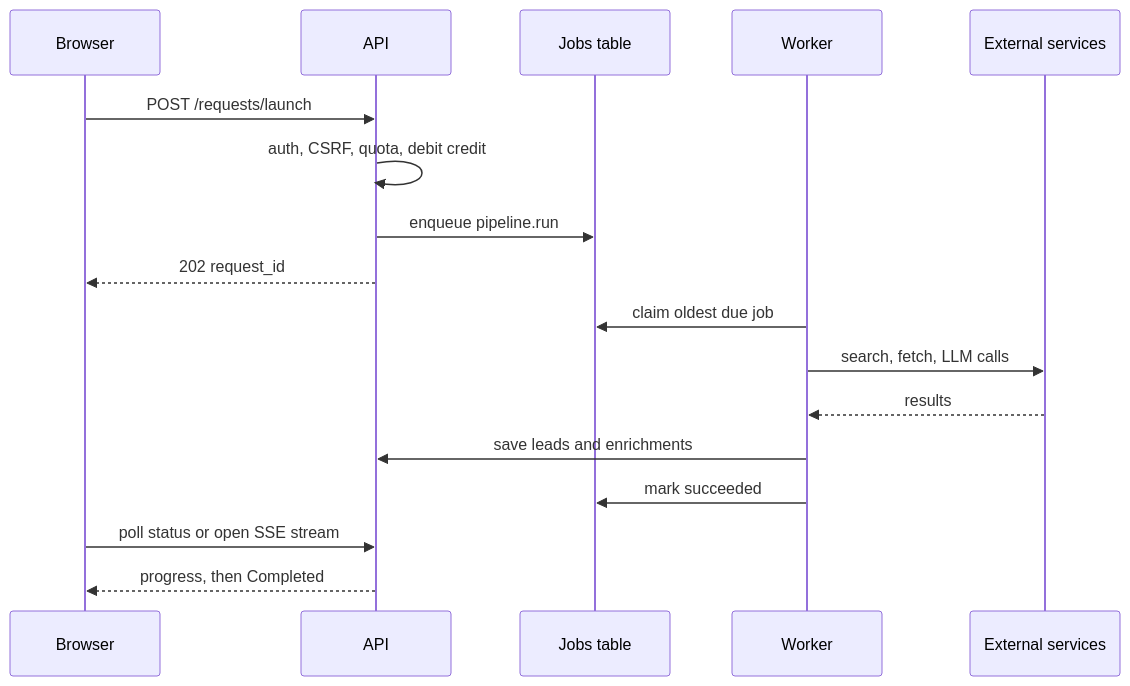
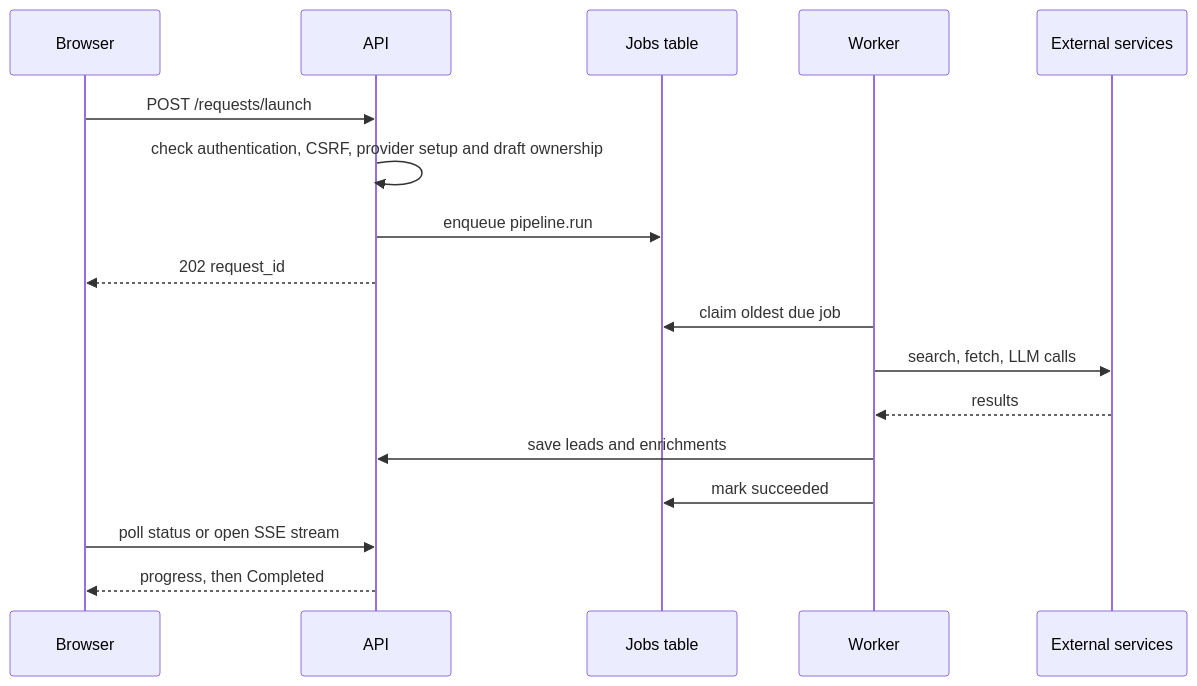
Before and after one commit to ManojAbhiram/quarry: the fourth of 7 diagrams in docs/product/02-System-Design.md, drawn with Mermaid. The commit also changed other lines of this file and 26 other files, not shown here.

````diff
--- a/docs/product/02-System-Design.md
+++ b/docs/product/02-System-Design.md
@@ -118,19 +117,19 @@
 ```mermaid title="Request launch and pipeline" page=portrait
 sequenceDiagram
   participant B as Browser
   participant A as API
   participant Q as Jobs table
   participant W as Worker
   participant X as External services
   B->>A: POST /requests/launch
-  A->>A: auth, CSRF, quota, debit credit
+  A->>A: check authentication, CSRF, provider setup and draft ownership
   A->>Q: enqueue pipeline.run
   A-->>B: 202 request_id
   W->>Q: claim oldest due job
   W->>X: search, fetch, LLM calls
   X-->>W: results
   W->>A: save leads and enrichments
   W->>Q: mark succeeded
   B->>A: poll status or open SSE stream
   A-->>B: progress, then Completed
 ```
````
